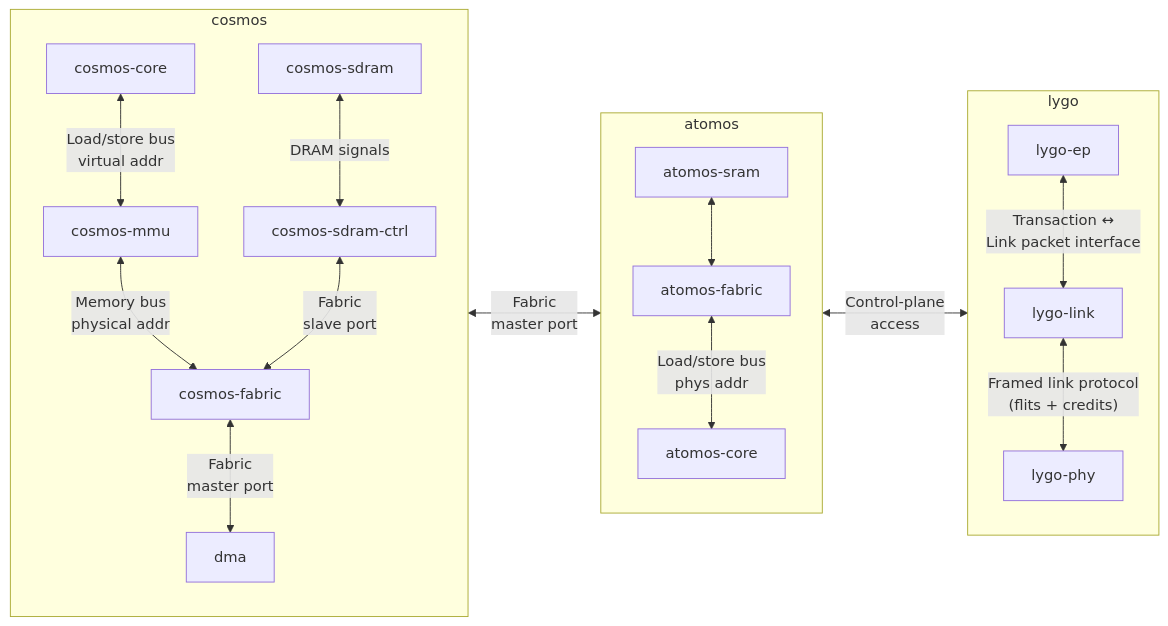
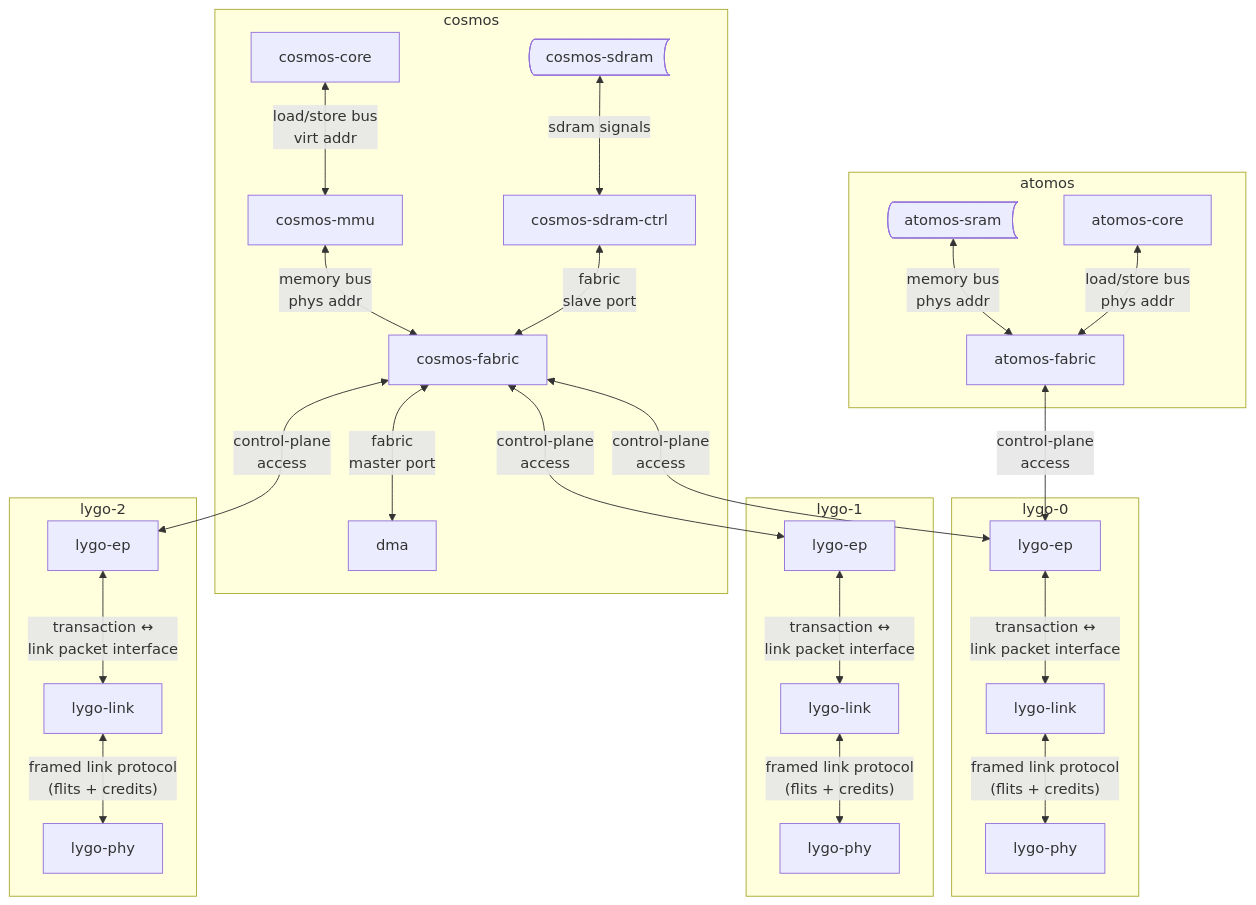
One commit to vanbako/henad changed the diagram in modules/cosmos/cosmos.md. Above: the diagram before and after it, drawn with Mermaid.

Commit message:
Cosmos architecture drawing

````diff
--- a/modules/cosmos/cosmos.md
+++ b/modules/cosmos/cosmos.md
@@ -22,35 +22,48 @@
 ```mermaid
-graph LR
-   COSMOS-CORE[cosmos-core]
-   COSMOS-MMU[cosmos-mmu]
-   COSMOS-FABRIC[cosmos-fabric]
-   COSMOS-SDRAM[cosmos-sdram]
-   COSMOS-SDRAM-CTRL[cosmos-sdram-ctrl]
-   DMA[dma]
-   ATOMOS-CORE[atomos-core]
-   ATOMOS-FABRIC[atomos-fabric]
-   ATOMOS-SRAM[atomos-sram]
-   LYGO-EP[lygo-ep]
-   LYGO-LINK[lygo-link]
-   LYGO-PHY[lygo-phy]
+graph TB
    subgraph cosmos
-      direction TB
-      COSMOS-CORE <-->|"Load/store bus<br/>virtual addr"| COSMOS-MMU
-      COSMOS-MMU <-->|"Memory bus<br/>physical addr"| COSMOS-FABRIC
-      COSMOS-SDRAM <-->|"DRAM signals"| COSMOS-SDRAM-CTRL
-      COSMOS-SDRAM-CTRL <-->|"Fabric<br/>slave port"| COSMOS-FABRIC
-      COSMOS-FABRIC <-->|"Fabric<br/>master port"| DMA
+      COSMOS-CORE@{ shape: rect, label: "cosmos-core" }
+      COSMOS-MMU@{ shape: rect, label: "cosmos-mmu" }
+      COSMOS-FABRIC@{ shape: rect, label: "cosmos-fabric" }
+      COSMOS-SDRAM@{ shape: bow-rect, label: "cosmos-sdram" }
+      COSMOS-SDRAM-CTRL@{ shape: rect, label: "cosmos-sdram-ctrl" }
+      DMA@{ shape: rect, label: "dma" }
+      COSMOS-CORE <-->|"load/store bus<br/>virt addr"| COSMOS-MMU
+      COSMOS-MMU <-->|"memory bus<br/>phys addr"| COSMOS-FABRIC
+      COSMOS-SDRAM <-->|"sdram signals"| COSMOS-SDRAM-CTRL
+      COSMOS-SDRAM-CTRL <-->|"fabric<br/>slave port"| COSMOS-FABRIC
+      COSMOS-FABRIC <-->|"fabric<br/>master port"| DMA
    end
-   COSMOS-FABRIC <-->|"Fabric<br/>master port"| ATOMOS-FABRIC
+   subgraph lygo-seg0[lygo-0]
+      LYGO0-EP@{ shape: rect, label: "lygo-ep" }
+      LYGO0-LINK@{ shape: rect, label: "lygo-link" }
+      LYGO0-PHY@{ shape: rect, label: "lygo-phy" }
+      LYGO0-EP <-->|"transaction ↔<br/>link packet interface"| LYGO0-LINK
+      LYGO0-LINK <-->|"framed link protocol<br/>(flits + credits)"| LYGO0-PHY
+   end
    subgraph atomos
-      direction TB
-      ATOMOS-SRAM <--> ATOMOS-FABRIC
-      ATOMOS-FABRIC <-->|"Load/store bus<br/>phys addr"| ATOMOS-CORE
+      ATOMOS-CORE@{ shape: rect, label: "atomos-core" }
+      ATOMOS-FABRIC@{ shape: rect, label: "atomos-fabric" }
+      ATOMOS-SRAM@{ shape: bow-rect, label: "atomos-sram" }
+      ATOMOS-SRAM <-->|"memory bus<br/>phys addr"| ATOMOS-FABRIC
+      ATOMOS-CORE <-->|"load/store bus<br/>phys addr"| ATOMOS-FABRIC
    end
-   subgraph lygo
-      direction TB
-      ATOMOS-FABRIC <-->|"Control-plane<br/>access"| LYGO-EP
-      LYGO-EP <-->|"Transaction ↔<br/>Link packet interface"| LYGO-LINK
-      LYGO-LINK <-->|"Framed link protocol<br/>(flits + credits)"| LYGO-PHY
+   subgraph lygo-seg1[lygo-1]
+      LYGO1-EP@{ shape: rect, label: "lygo-ep" }
+      LYGO1-LINK@{ shape: rect, label: "lygo-link" }
+      LYGO1-PHY@{ shape: rect, label: "lygo-phy" }
+      LYGO1-EP <-->|"transaction ↔<br/>link packet interface"| LYGO1-LINK
+      LYGO1-LINK <-->|"framed link protocol<br/>(flits + credits)"| LYGO1-PHY
    end
+   subgraph lygo-seg2[lygo-2]
+      LYGO2-EP@{ shape: rect, label: "lygo-ep" }
+      LYGO2-LINK@{ shape: rect, label: "lygo-link" }
+      LYGO2-PHY@{ shape: rect, label: "lygo-phy" }
+      LYGO2-EP <-->|"transaction ↔<br/>link packet interface"| LYGO2-LINK
+      LYGO2-LINK <-->|"framed link protocol<br/>(flits + credits)"| LYGO2-PHY
+   end
+   COSMOS-FABRIC <-->|"control-plane<br/>access"| LYGO0-EP
+   ATOMOS-FABRIC <-->|"control-plane<br/>access"| LYGO0-EP
+   COSMOS-FABRIC <-->|"control-plane<br/>access"| LYGO1-EP
+   COSMOS-FABRIC <-->|"control-plane<br/>access"| LYGO2-EP
 ```
````
